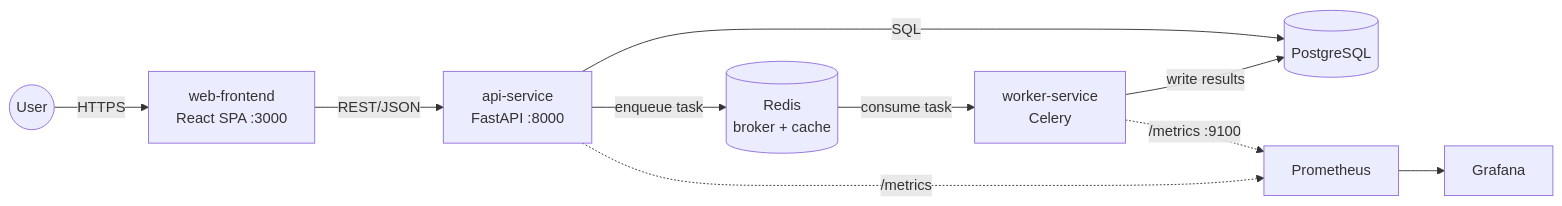
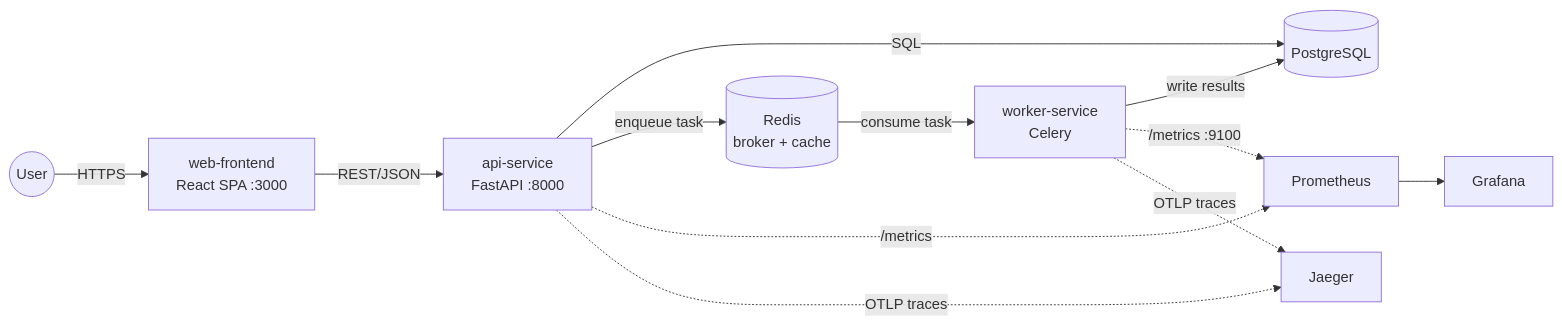
One commit to ansarmuhammad/from_claude_code changed the diagram in cicd-architect-exam-12jul2026/docs/architecture.md. Above: the diagram before and after it, drawn with Mermaid. The commit also changed other lines of this file and 14 other files, not shown here.

````diff
--- a/cicd-architect-exam-12jul2026/docs/architecture.md
+++ b/cicd-architect-exam-12jul2026/docs/architecture.md
@@ -52,12 +57,14 @@
 ```mermaid
 flowchart LR
     User((User)) -->|HTTPS| Web[web-frontend<br/>React SPA :3000]
     Web -->|REST/JSON| Api[api-service<br/>FastAPI :8000]
     Api -->|SQL| PG[(PostgreSQL)]
     Api -->|enqueue task| Redis[(Redis<br/>broker + cache)]
     Redis -->|consume task| Worker[worker-service<br/>Celery]
     Worker -->|write results| PG
     Api -.->|/metrics| Prom[Prometheus]
     Worker -.->|/metrics :9100| Prom
     Prom --> Graf[Grafana]
+    Api -.->|OTLP traces| Jaeger[Jaeger]
+    Worker -.->|OTLP traces| Jaeger
 ```
````
